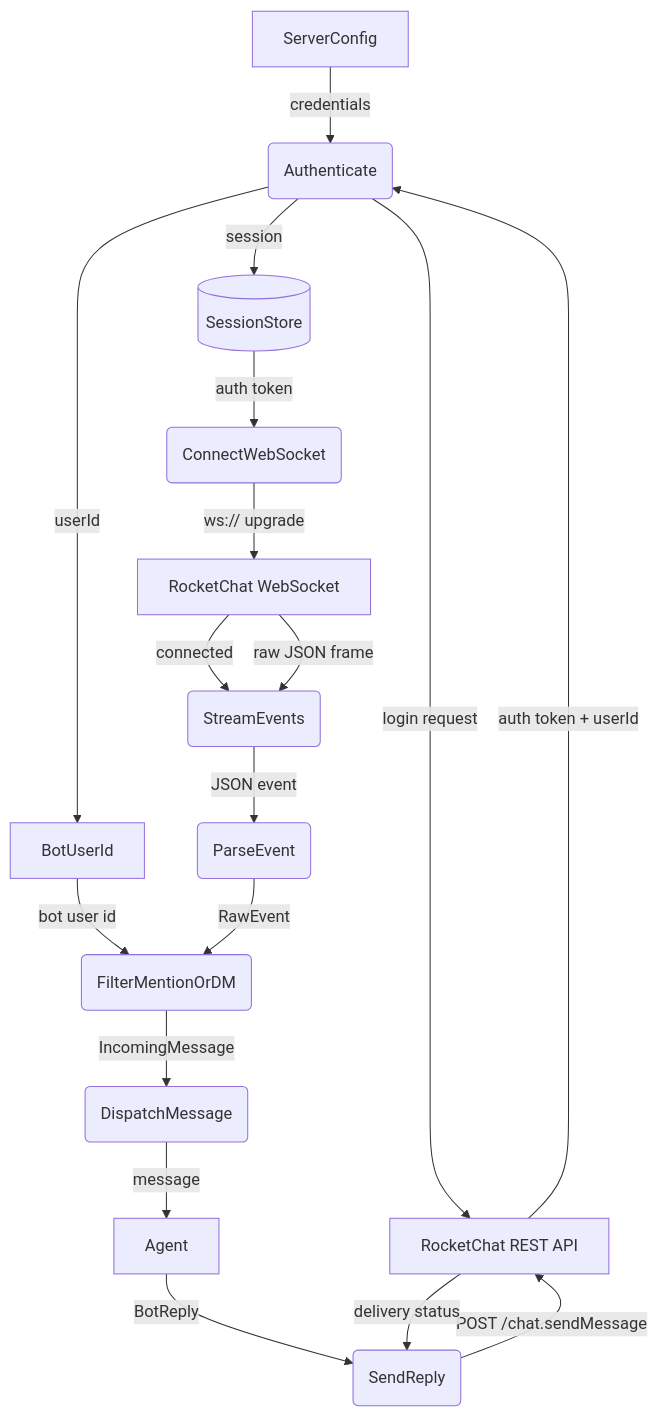
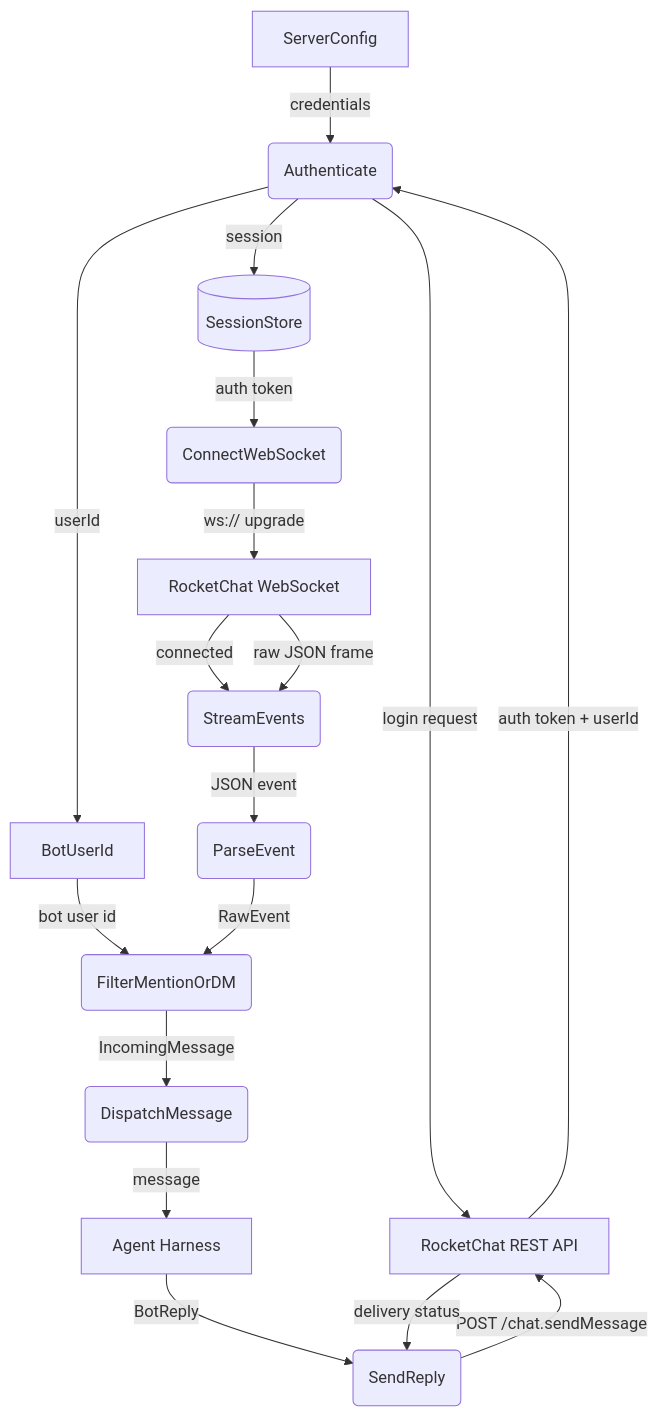
Before and after one commit to cosmoswafer/rockbot: the first of 3 diagrams in _dfds/rocketchat.md, drawn with Mermaid. The commit also changed other lines of this file and 5 other files, not shown here.

First line of the commit message:
Add agent harness Level 1 DFD — application orchestrator

````diff
--- a/_dfds/rocketchat.md
+++ b/_dfds/rocketchat.md
@@ -18,34 +18,34 @@
 ```mermaid
 flowchart TD
     CFG[ServerConfig]
     AUTH(Authenticate)
     SESSION[(SessionStore)]
     CONNECT(ConnectWebSocket)
     STREAM(StreamEvents)
     PARSE(ParseEvent)
     FILTER(FilterMentionOrDM)
     DISPATCH(DispatchMessage)
     SEND(SendReply)
     BOT_USER[BotUserId]
-    AGENT[Agent]
+    HARNESS[Agent Harness]
     RC_API[RocketChat REST API]
     RC_WS[RocketChat WebSocket]
 
     CFG -->|"credentials"| AUTH
     AUTH -->|"login request"| RC_API
     RC_API -->|"auth token + userId"| AUTH
     AUTH -->|"session"| SESSION
     AUTH -->|"userId"| BOT_USER
     SESSION -->|"auth token"| CONNECT
     CONNECT -->|"ws:// upgrade"| RC_WS
     RC_WS -->|"connected"| STREAM
     RC_WS -->|"raw JSON frame"| STREAM
     STREAM -->|"JSON event"| PARSE
     BOT_USER -->|"bot user id"| FILTER
     PARSE -->|"RawEvent"| FILTER
     FILTER -->|"IncomingMessage"| DISPATCH
-    DISPATCH -->|"message"| AGENT
-    AGENT -->|"BotReply"| SEND
+    DISPATCH -->|"message"| HARNESS
+    HARNESS -->|"BotReply"| SEND
     SEND -->|"POST /chat.sendMessage"| RC_API
     RC_API -->|"delivery status"| SEND
 ```
````
